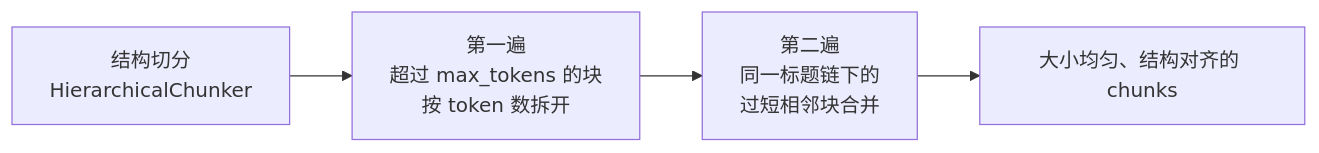
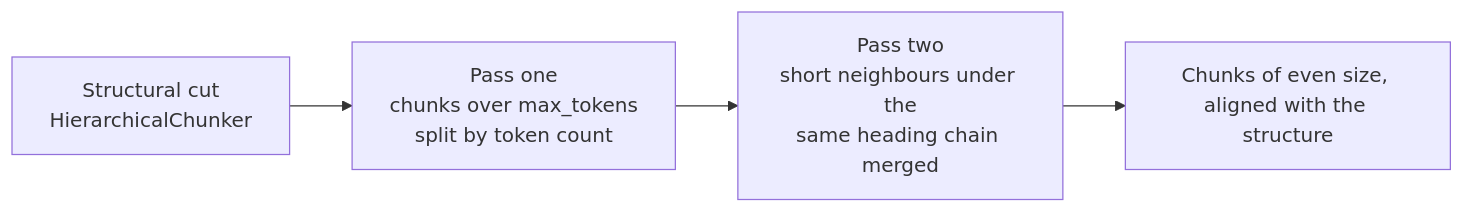
Before and after one commit to Zhengjunliang/multilingual-course-assistant: the second of 3 diagrams in docs/docling-pipeline.md, drawn with Mermaid. The commit also changed other lines of this file and 2 other files, not shown here.

````diff
--- a/docs/docling-pipeline.md
+++ b/docs/docling-pipeline.md
@@ -116,6 +118,6 @@
 ```mermaid
 flowchart LR
-    H[结构切分<br/>HierarchicalChunker] --> S[第一遍<br/>超过 max_tokens 的块<br/>按 token 数拆开]
-    S --> M[第二遍<br/>同一标题链下的<br/>过短相邻块合并]
-    M --> OUT[大小均匀、结构对齐的 chunks]
+    H[Structural cut<br/>HierarchicalChunker] --> S[Pass one<br/>chunks over max_tokens<br/>split by token count]
+    S --> M[Pass two<br/>short neighbours under the<br/>same heading chain merged]
+    M --> OUT[Chunks of even size, aligned with the structure]
 ```
````
